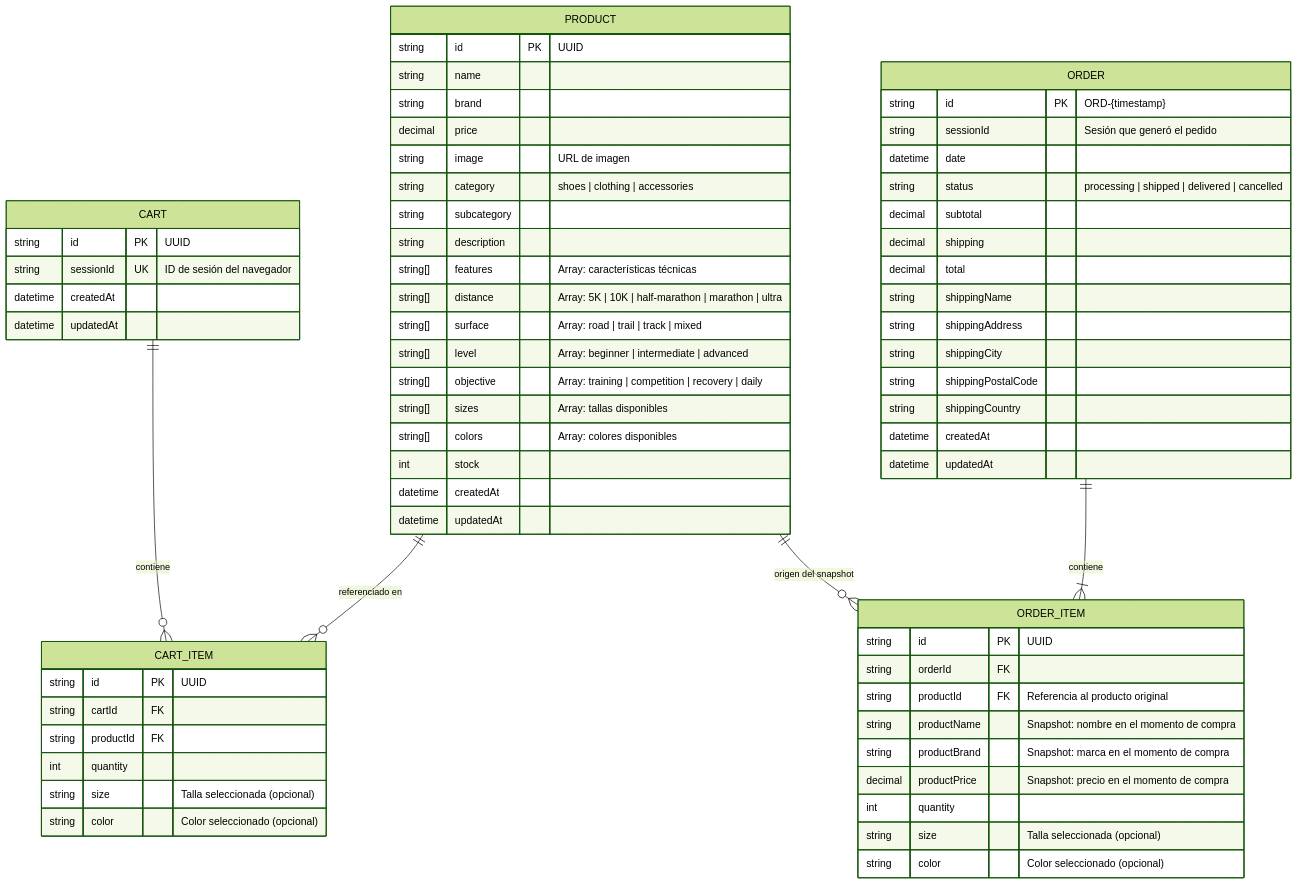
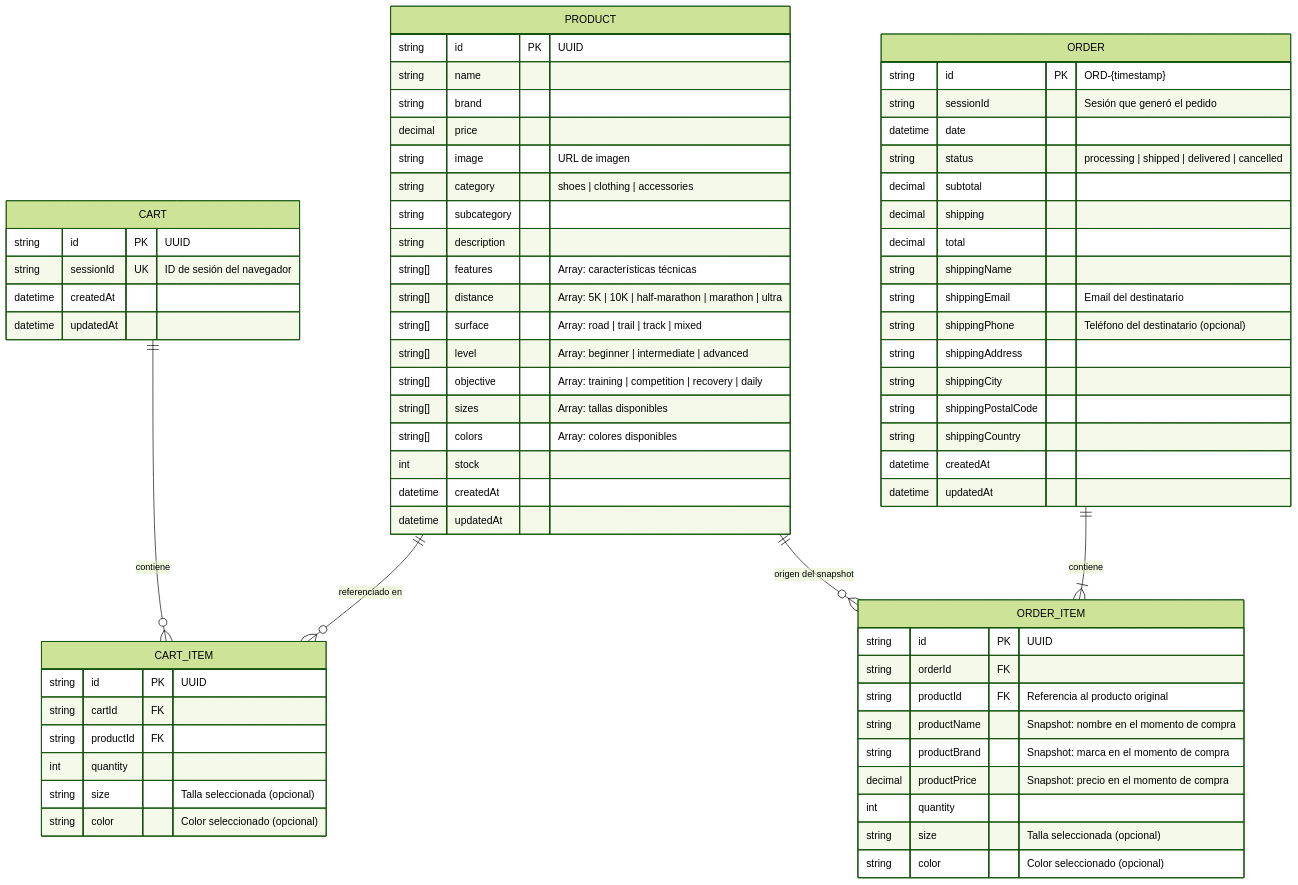
The diagram in docs/DATA-MODEL.md (LIDR-academy/AI4Devs-finalproject), drawn with Mermaid (forest theme) before and after one commit. The commit also changed other lines of this file and 1 other file, not shown here.

Commit message:
docs(data-model): add shipping email and phone to align with UX and user stories

````diff
--- a/docs/DATA-MODEL.md
+++ b/docs/DATA-MODEL.md
@@ -34,73 +34,75 @@
 ```mermaid
 erDiagram
     PRODUCT {
         string      id              PK  "UUID"
         string      name
         string      brand
         decimal     price
         string      image               "URL de imagen"
         string      category            "shoes | clothing | accessories"
         string      subcategory
         string      description
         string[]    features            "Array: características técnicas"
         string[]    distance            "Array: 5K | 10K | half-marathon | marathon | ultra"
         string[]    surface             "Array: road | trail | track | mixed"
         string[]    level               "Array: beginner | intermediate | advanced"
         string[]    objective           "Array: training | competition | recovery | daily"
         string[]    sizes               "Array: tallas disponibles"
         string[]    colors              "Array: colores disponibles"
         int         stock
         datetime    createdAt
         datetime    updatedAt
     }
 
     CART {
         string      id              PK  "UUID"
         string      sessionId       UK  "ID de sesión del navegador"
         datetime    createdAt
         datetime    updatedAt
     }
 
     CART_ITEM {
         string      id              PK  "UUID"
         string      cartId          FK
         string      productId       FK
         int         quantity
         string      size                "Talla seleccionada (opcional)"
         string      color               "Color seleccionado (opcional)"
     }
 
     ORDER {
         string      id              PK  "ORD-{timestamp}"
         string      sessionId           "Sesión que generó el pedido"
         datetime    date
         string      status              "processing | shipped | delivered | cancelled"
         decimal     subtotal
         decimal     shipping
         decimal     total
         string      shippingName
+        string      shippingEmail       "Email del destinatario"
+        string      shippingPhone       "Teléfono del destinatario (opcional)"
         string      shippingAddress
         string      shippingCity
         string      shippingPostalCode
         string      shippingCountry
         datetime    createdAt
         datetime    updatedAt
     }
 
     ORDER_ITEM {
         string      id              PK  "UUID"
         string      orderId         FK
         string      productId       FK  "Referencia al producto original"
         string      productName         "Snapshot: nombre en el momento de compra"
         string      productBrand        "Snapshot: marca en el momento de compra"
         decimal     productPrice        "Snapshot: precio en el momento de compra"
         int         quantity
         string      size                "Talla seleccionada (opcional)"
         string      color               "Color seleccionado (opcional)"
     }
 
     CART        ||--o{ CART_ITEM  : "contiene"
     PRODUCT     ||--o{ CART_ITEM  : "referenciado en"
     ORDER       ||--|{ ORDER_ITEM : "contiene"
     PRODUCT     ||--o{ ORDER_ITEM : "origen del snapshot"
 ```
````
